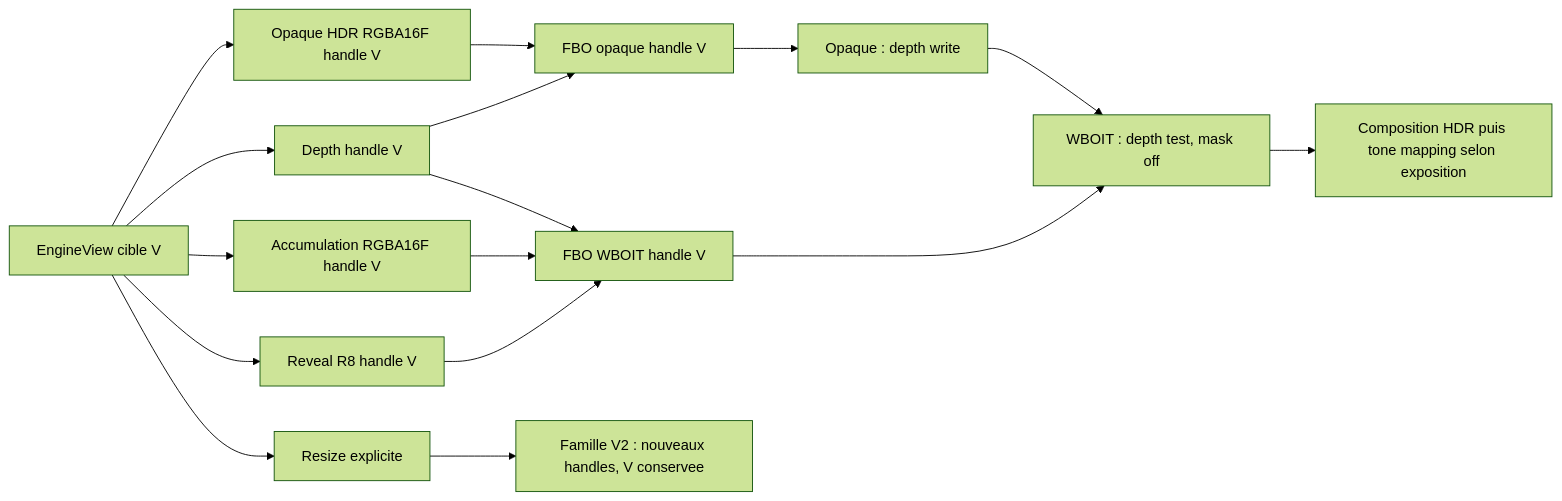
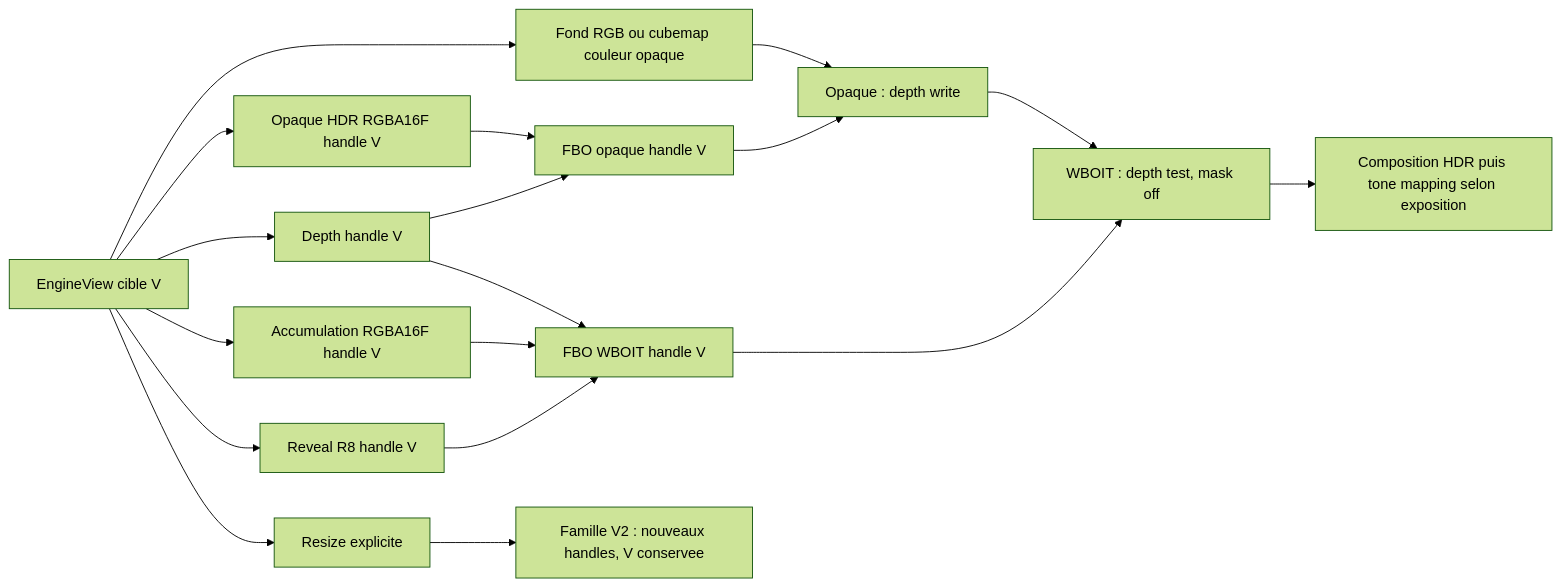
Before and after one commit to EreliaStudio/Sparkle: the second of 5 diagrams in docs/voxel-engine-v0.1.4/09-pipeline-gpu-transparence.md, drawn with Mermaid (forest theme). The commit also changed other lines of this file and 5 other files, not shown here.

Commit message:
docs(v0.1.4): validate opaque EngineView background and scope optional cubemap

````diff
--- a/docs/voxel-engine-v0.1.4/09-pipeline-gpu-transparence.md
+++ b/docs/voxel-engine-v0.1.4/09-pipeline-gpu-transparence.md
@@ -56,18 +58,20 @@
 ```mermaid
 flowchart LR
   View["EngineView cible V"] --> OpaqueColor["Opaque HDR RGBA16F handle V"]
+  View --> Background["Fond RGB ou cubemap couleur opaque"]
+  Background --> DrawOpaque
   View --> Depth["Depth handle V"]
   View --> Accum["Accumulation RGBA16F handle V"]
   View --> Reveal["Reveal R8 handle V"]
   OpaqueColor --> FBOOpaque["FBO opaque handle V"]
   Depth --> FBOOpaque
   Depth --> FBOWBOIT["FBO WBOIT handle V"]
   Accum --> FBOWBOIT
   Reveal --> FBOWBOIT
   FBOOpaque --> DrawOpaque["Opaque : depth write"]
   DrawOpaque --> DrawWBOIT["WBOIT : depth test, mask off"]
   FBOWBOIT --> DrawWBOIT
   DrawWBOIT --> Compose["Composition HDR puis tone mapping selon exposition"]
   View --> Resize["Resize explicite"]
   Resize --> V2["Famille V2 : nouveaux handles, V conservee"]
 ```
````
